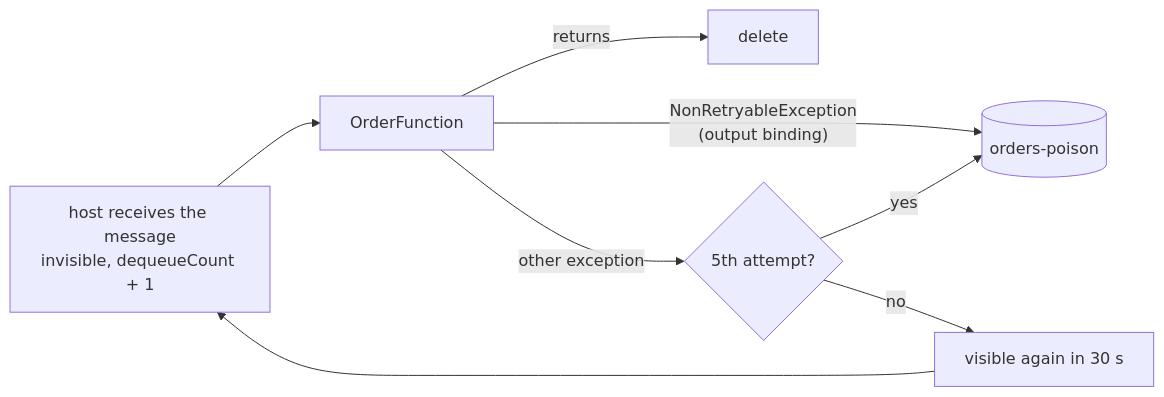
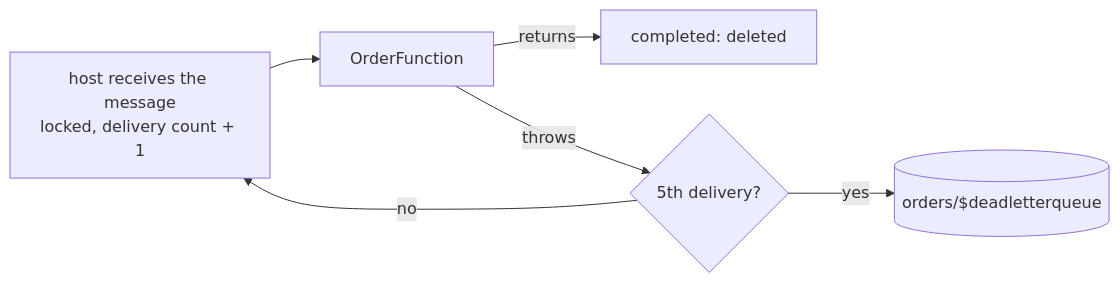
Before and after one commit to AiryLenglet/azure-queue: the diagram in README.md, drawn with Mermaid. The commit also changed other lines of this file and 9 other files, not shown here.

````diff
--- a/README.md
+++ b/README.md
@@ -134,9 +139,8 @@
 ```mermaid
 flowchart LR
-    R["host receives the message<br/>invisible, dequeueCount + 1"] --> H[OrderFunction]
-    H -- returns --> D[delete]
-    H -- "NonRetryableException<br/>(output binding)" --> P[("orders-poison")]
-    H -- "other exception" --> C{"5th attempt?"}
-    C -- no --> V["visible again in 30 s"] --> R
-    C -- yes --> P
+    R["host receives the message<br/>locked, delivery count + 1"] --> H[OrderFunction]
+    H -- returns --> D[completed: deleted]
+    H -- throws --> C{"5th delivery?"}
+    C -- no --> R
+    C -- yes --> DLQ[("orders/$deadletterqueue")]
 ```
````
